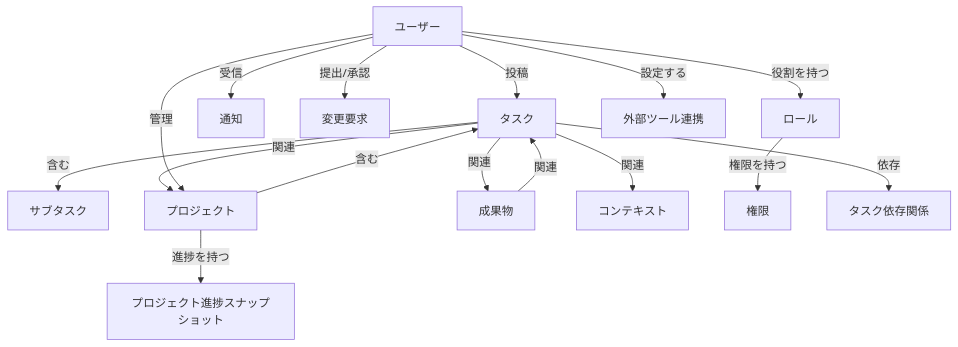
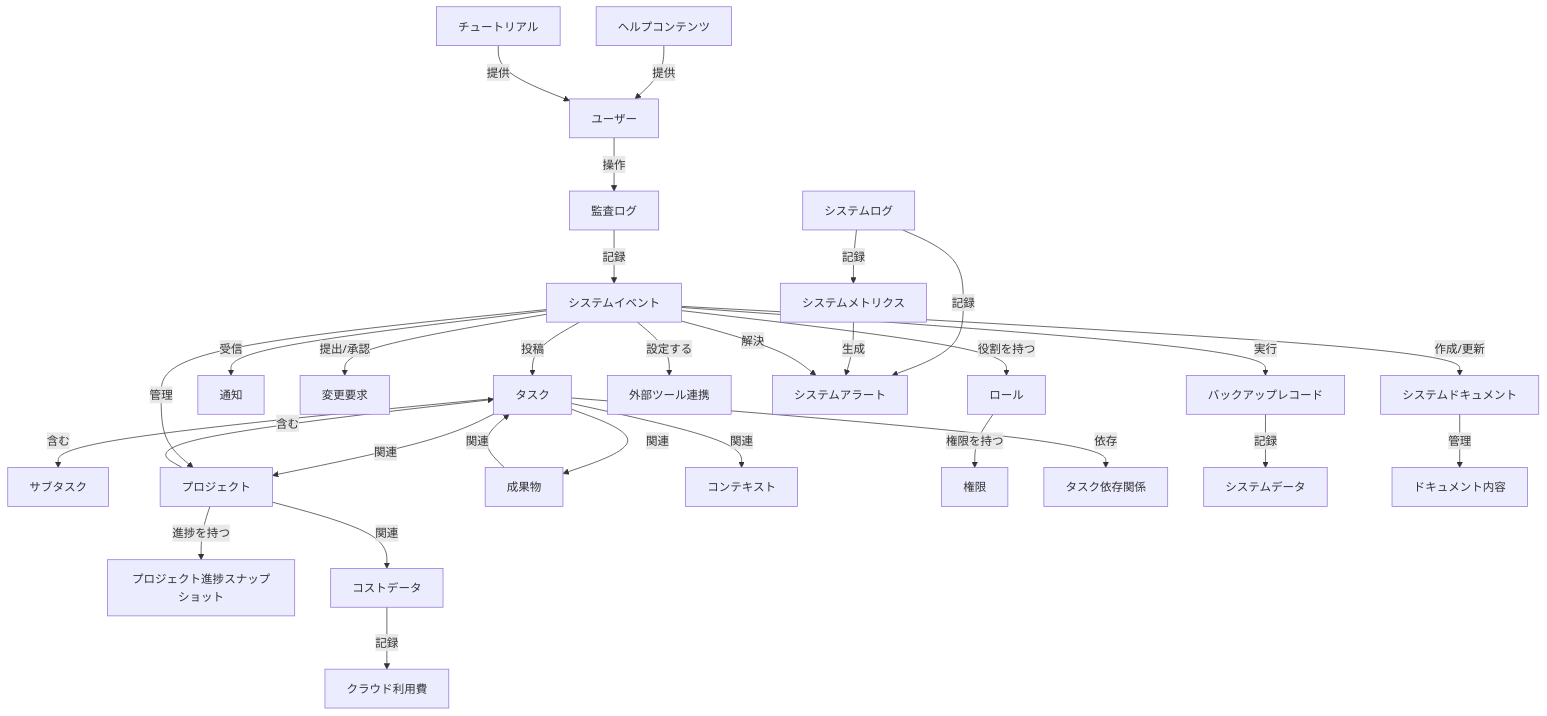
Before and after one commit to mahitotsu/tas9s10ream: the first of 4 diagrams in docs/deliverables/data-model/data-model.md, drawn with Mermaid. The commit also changed other lines of this file and 65 other files, not shown here.

````diff
--- a/docs/deliverables/data-model/data-model.md
+++ b/docs/deliverables/data-model/data-model.md
@@ -30,18 +30,32 @@
 ```mermaid
 graph TD
     A[ユーザー] -- 投稿 --> B[タスク];
     B -- 含む --> C[サブタスク];
     B -- 関連 --> D[プロジェクト];
     D -- 含む --> B;
     B -- 関連 --> E[成果物];
     E -- 関連 --> B;
     A -- 管理 --> D;
     B -- 関連 --> F[コンテキスト];
     A -- 受信 --> G[通知];
     A -- 提出/承認 --> H[変更要求];
     A -- 役割を持つ --> I[ロール];
     I -- 権限を持つ --> J[権限];
     B -- 依存 --> K[タスク依存関係];
     D -- 進捗を持つ --> L[プロジェクト進捗スナップショット];
     A -- 設定する --> M[外部ツール連携];
+    N[システムログ] -- 記録 --> O[システムメトリクス];
+    N -- 記録 --> P[システムアラート];
+    O -- 生成 --> P;
+    A -- 解決 --> P;
+    Q[バックアップレコード] -- 記録 --> R[システムデータ];
+    A -- 実行 --> Q;
+    S[コストデータ] -- 記録 --> T[クラウド利用費];
+    D -- 関連 --> S;
+    U[システムドキュメント] -- 管理 --> V[ドキュメント内容];
+    A -- 作成/更新 --> U;
+    W[ヘルプコンテンツ] -- 提供 --> X[ユーザー];
+    Y[チュートリアル] -- 提供 --> X;
+    Z[監査ログ] -- 記録 --> A[システムイベント];
+    X -- 操作 --> Z;
 ```
````
